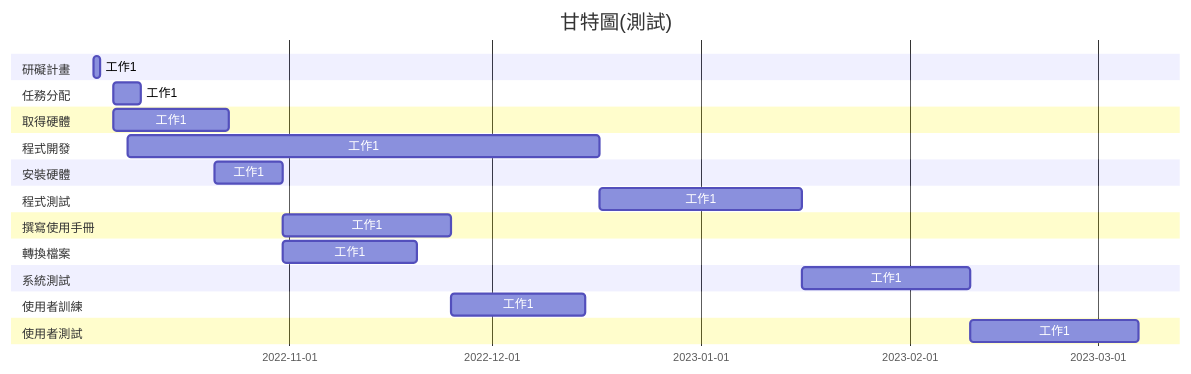
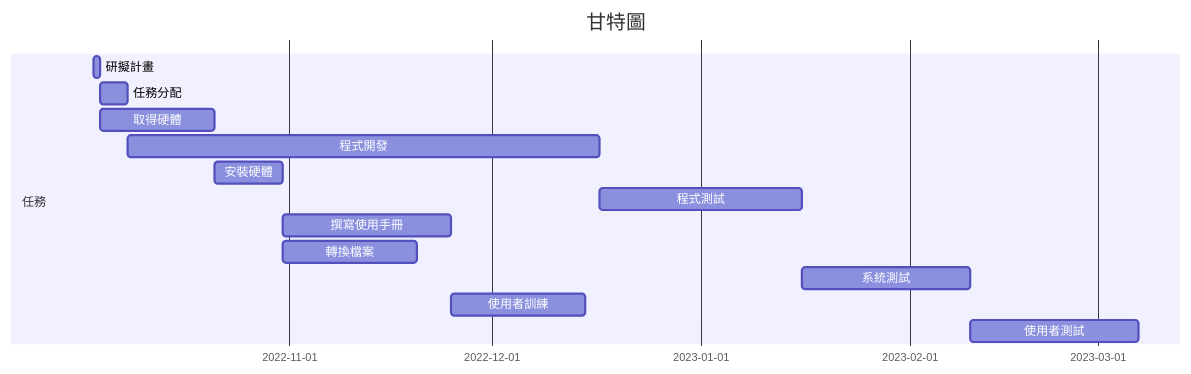
Before and after one commit to muzui1115/2022-09-19: the second of 3 diagrams in Hw2.md, drawn with Mermaid. The commit also changed other lines of this file, not shown here.

````diff
--- a/Hw2.md
+++ b/Hw2.md
@@ -15,46 +82,18 @@
 ```mermaid
 gantt
-    title 甘特圖(測試)
+    title 甘特圖
 
-    section 研礙計畫
-    工作1 :2022-10-03, 1d
-    
-    
-    section 任務分配
-    工作1 :after a12022-10-04, 4d
-    
-    
-    section 取得硬體
-    工作1 :after a12022-10-04, 17d
-    
-    section 程式開發
-    工作1 :after a2, 2022-10-08, 70d
-    
-    
-    section 安裝硬體
-    工作1 :after a3, 2022-10-21, 10d
-    
-    
-    section 程式測試
-    工作1 :after a4, 2022-12-17, 30d
-    
-    
-    section 撰寫使用手冊
-    工作1 :after a5,2022-10-31, 25d
-    
-    
-    section 轉換檔案
-    工作1 :after a5,2022-10-31, 20d
-    
-    section 系統測試
-    工作1 :after a6,2023-01-16, 25d
-    
-    
-    section 使用者訓練
-    工作1 :after a7-a8,2022-11-25, 20d
-    
-    
-    section 使用者測試
-    工作1 :after a9-a10,2023-02-10, 25d
+    section 任務
+    研擬計畫 :a1, 2022-10-03, 1d
+    任務分配 :a2, after a1, 4d
+    取得硬體 :a3, after a1, 17d
+    程式開發 :a4, after a2, 70d
+    安裝硬體 :a5, after a3, 10d
+    程式測試 :a6, after a4, 30d
+    撰寫使用手冊 :a7, after a5, 25d
+    轉換檔案 :a8, after a5, 20d 
+    系統測試 :a9, after a6, 25d   
+    使用者訓練 :a10, after a7, 20d
+    使用者測試 :a11, after a9, 25d
     
 ```
````
